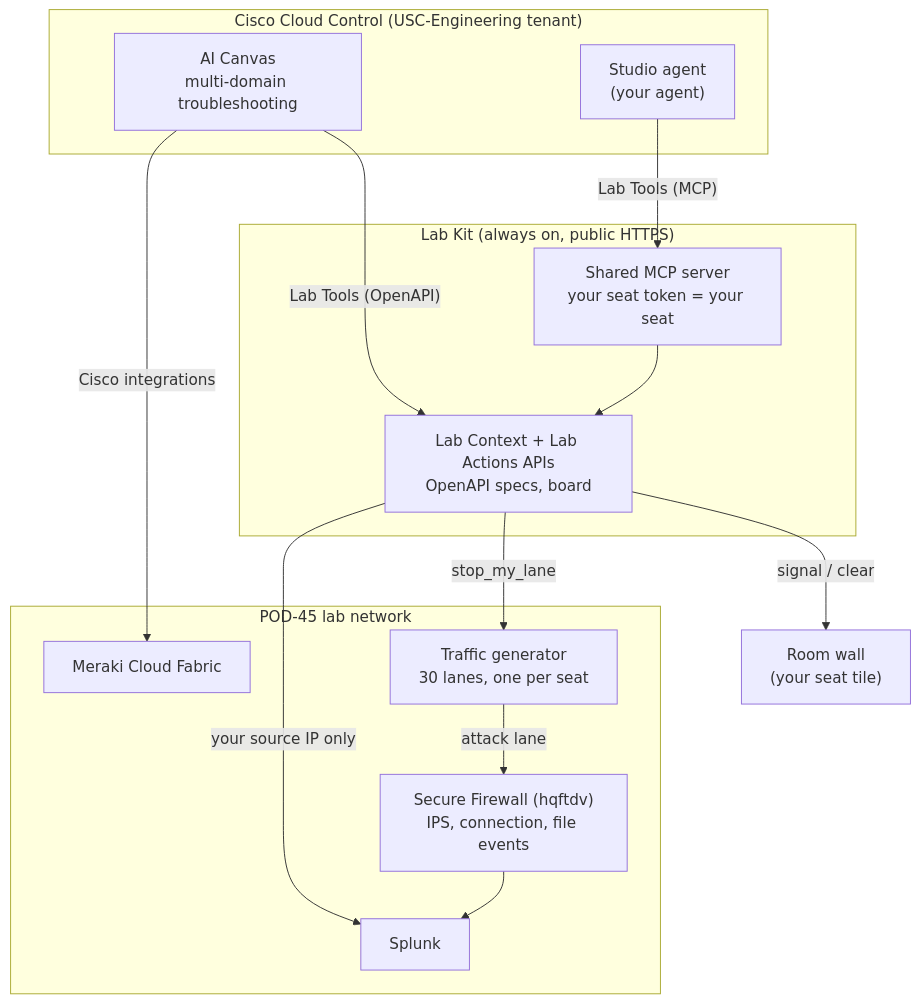
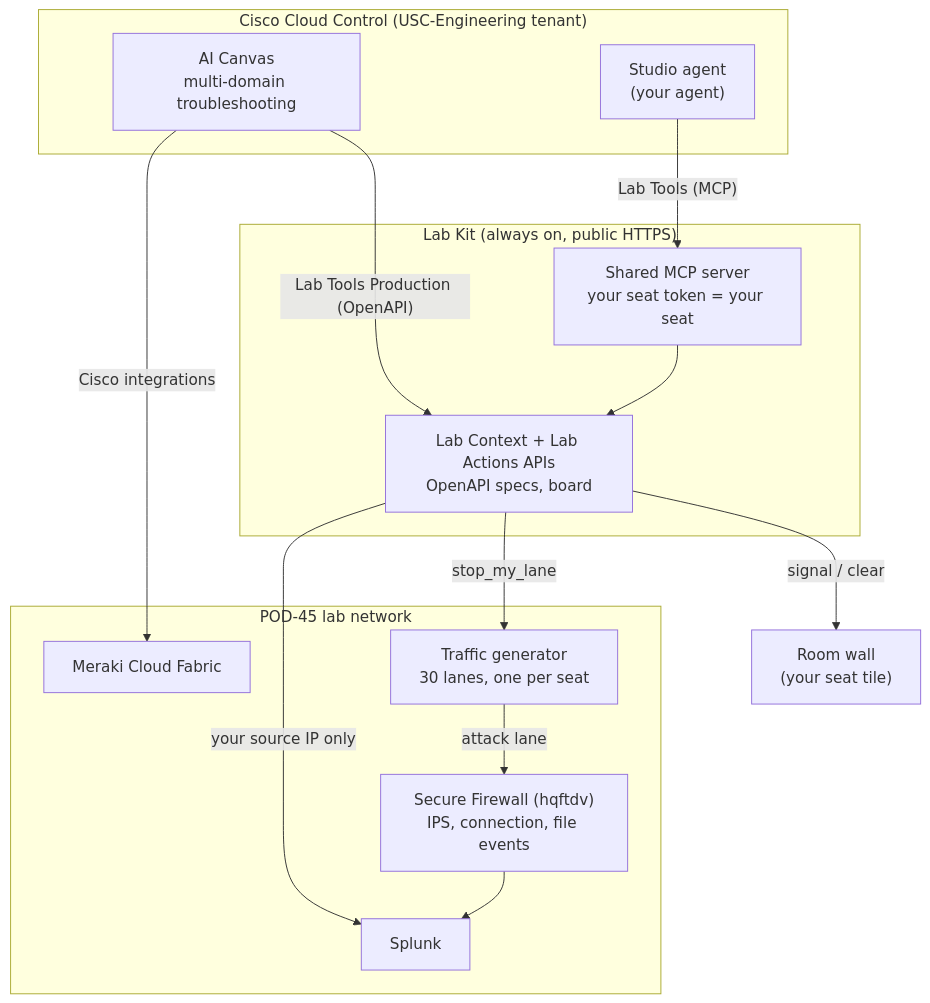
One commit to mokuma56/cloud-control-agent-lab-guide changed the diagram in docs/introduction.md. Above: the diagram before and after it, drawn with Mermaid. The commit also changed 10 other files, not shown here.

Commit message:
1.1 screenshots for Lab Tools Production; name it in prompts and instructions

````diff
--- a/docs/introduction.md
+++ b/docs/introduction.md
@@ -41,25 +41,25 @@
 ```mermaid
 flowchart TB
   subgraph CC["Cisco Cloud Control (USC-Engineering tenant)"]
     Canvas["AI Canvas<br/>multi-domain troubleshooting"]
     Studio["Studio agent<br/>(your agent)"]
   end
   subgraph Kit["Lab Kit (always on, public HTTPS)"]
     Broker["Lab Context + Lab Actions APIs<br/>OpenAPI specs, board"]
     MCP["Shared MCP server<br/>your seat token = your seat"]
   end
   subgraph Pod["POD-45 lab network"]
     Meraki["Meraki Cloud Fabric"]
     FTD["Secure Firewall (hqftdv)<br/>IPS, connection, file events"]
     Splunk["Splunk"]
     Gen["Traffic generator<br/>30 lanes, one per seat"]
   end
   Canvas -- "Cisco integrations" --> Meraki
-  Canvas -- "Lab Tools (OpenAPI)" --> Broker
+  Canvas -- "Lab Tools Production (OpenAPI)" --> Broker
   Studio -- "Lab Tools (MCP)" --> MCP --> Broker
   Broker -- "your source IP only" --> Splunk
   FTD --> Splunk
   Gen -- "attack lane" --> FTD
   Broker -- "stop_my_lane" --> Gen
   Broker -- "signal / clear" --> Wall["Room wall<br/>(your seat tile)"]
 ```
````
